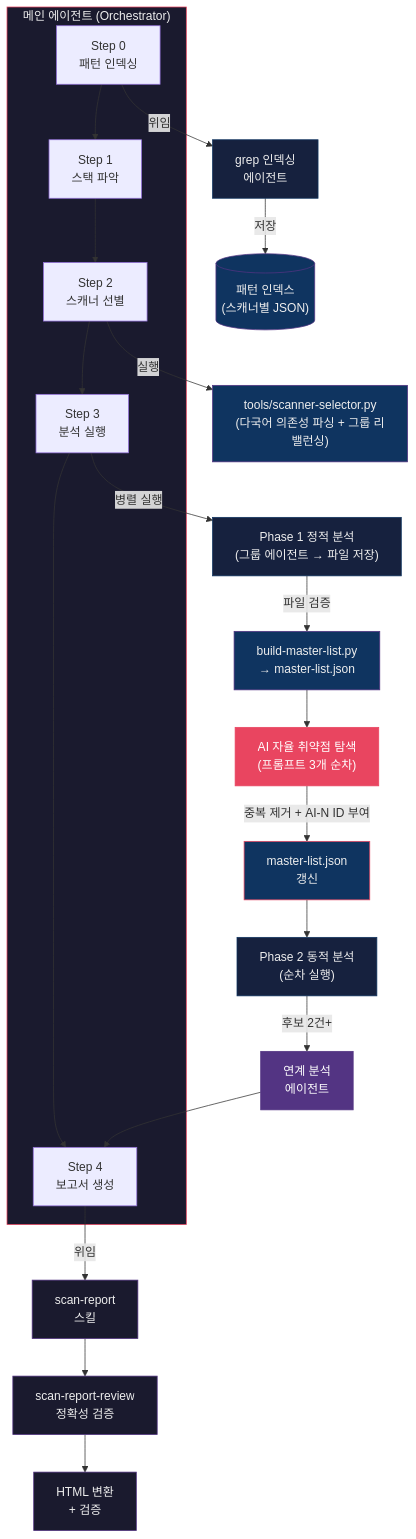
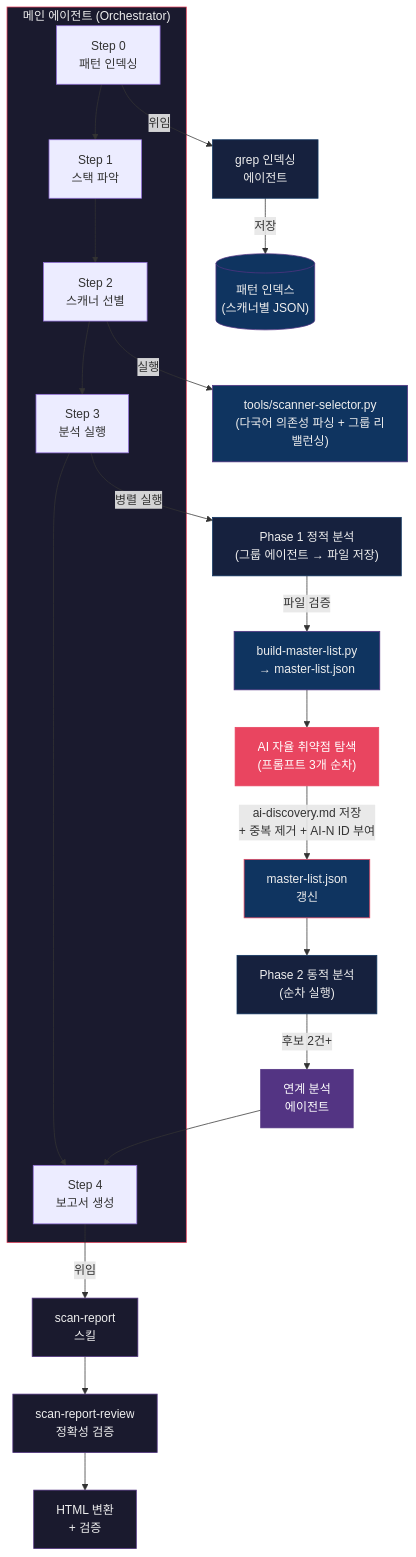
Before and after one commit to nomarlhack/noah-sast: the first of 5 diagrams in README.md, drawn with Mermaid. The commit also changed other lines of this file and 2 other files, not shown here.

First line of the commit message:
fix: AI 탐색 결과를 ai-discovery.md에 Phase 1 호환 형식으로 저장

````diff
--- a/README.md
+++ b/README.md
@@ -54,42 +54,42 @@
 ```mermaid
 flowchart TB
     subgraph Orchestrator["메인 에이전트 (Orchestrator)"]
         S0["Step 0\n패턴 인덱싱"]
         S1["Step 1\n스택 파악"]
         S2["Step 2\n스캐너 선별"]
         S3["Step 3\n분석 실행"]
         S4["Step 4\n보고서 생성"]
         S0 --> S1 --> S2 --> S3 --> S4
     end
 
     S0 -->|위임| GrepAgent["grep 인덱싱\n에이전트"]
     GrepAgent -->|저장| IndexDir[("패턴 인덱스\n(스캐너별 JSON)")]
 
     S2 -->|실행| Selector["tools/scanner-selector.py\n(다국어 의존성 파싱 + 그룹 리밸런싱)"]
 
     S3 -->|병렬 실행| P1["Phase 1 정적 분석\n(그룹 에이전트 → 파일 저장)"]
     P1 -->|파일 검증| BML["build-master-list.py\n→ master-list.json"]
     BML --> AI["AI 자율 취약점 탐색\n(프롬프트 3개 순차)"]
-    AI -->|"중복 제거 + AI-N ID 부여"| MLUpdate["master-list.json\n갱신"]
+    AI -->|"ai-discovery.md 저장\n+ 중복 제거 + AI-N ID 부여"| MLUpdate["master-list.json\n갱신"]
     MLUpdate --> P2["Phase 2 동적 분석\n(순차 실행)"]
     P2 -->|후보 2건+| Chain["연계 분석\n에이전트"]
     Chain --> S4
 
     S4 -->|위임| Report["scan-report\n스킬"]
     Report --> Review["scan-report-review\n정확성 검증"]
     Review --> HTML["HTML 변환\n+ 검증"]
 
     style Orchestrator fill:#1a1a2e,stroke:#e94560,color:#eee
     style GrepAgent fill:#16213e,stroke:#0f3460,color:#eee
     style IndexDir fill:#0f3460,stroke:#533483,color:#eee
     style P1 fill:#16213e,stroke:#0f3460,color:#eee
     style BML fill:#0f3460,stroke:#533483,color:#eee
     style AI fill:#e94560,stroke:#e94560,color:#fff
     style MLUpdate fill:#0f3460,stroke:#e94560,color:#eee
     style Chain fill:#533483,stroke:#533483,color:#fff
     style P2 fill:#16213e,stroke:#0f3460,color:#eee
     style Report fill:#1a1a2e,stroke:#533483,color:#eee
     style Review fill:#1a1a2e,stroke:#533483,color:#eee
     style HTML fill:#1a1a2e,stroke:#533483,color:#eee
     style Selector fill:#0f3460,stroke:#533483,color:#eee
 ```
````
